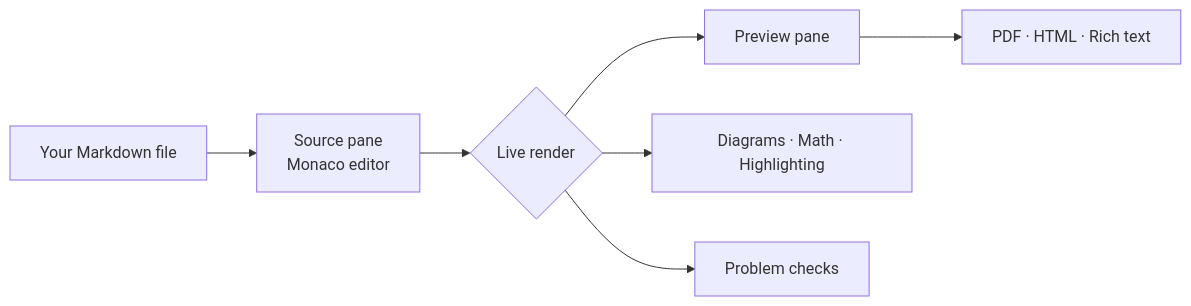
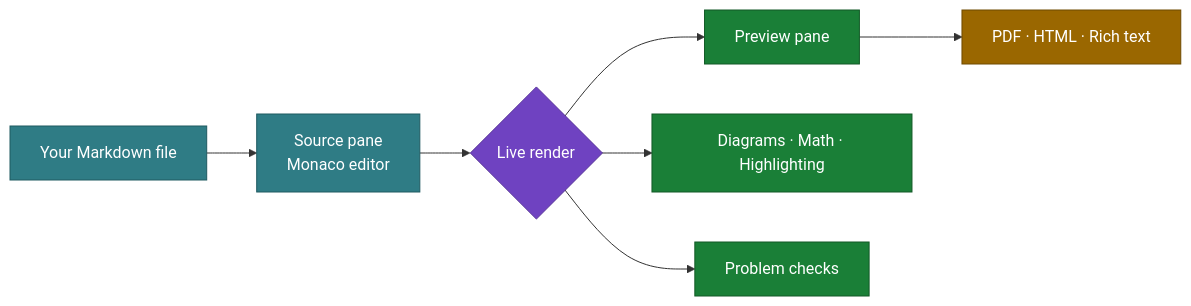
The first of 2 diagrams in src/PaulTechGuy.MQ.App/Assets/Welcome to Marqora.md (paultechguy/Marqora), drawn with Mermaid before and after one commit. The commit also changed other lines of this file and 2 other files, not shown here.

````diff
--- a/src/PaulTechGuy.MQ.App/Assets/Welcome to Marqora.md
+++ b/src/PaulTechGuy.MQ.App/Assets/Welcome to Marqora.md
@@ -31,9 +33,19 @@
 ```mermaid
 flowchart LR
     A[Your Markdown file] --> B[Source pane<br/>Monaco editor]
     B --> C{Live render}
     C --> D[Preview pane]
     C --> E[Diagrams · Math · Highlighting]
     C --> F[Problem checks]
     D --> G[PDF · HTML · Rich text]
+
+    classDef input fill:#2f7c85,stroke:#1f5a61,color:#fff
+    classDef engine fill:#6f42c1,stroke:#553098,color:#fff
+    classDef out fill:#1a7f37,stroke:#125926,color:#fff
+    classDef ship fill:#9a6700,stroke:#6f4a00,color:#fff
+
+    class A,B input
+    class C engine
+    class D,E,F out
+    class G ship
 ```
````
